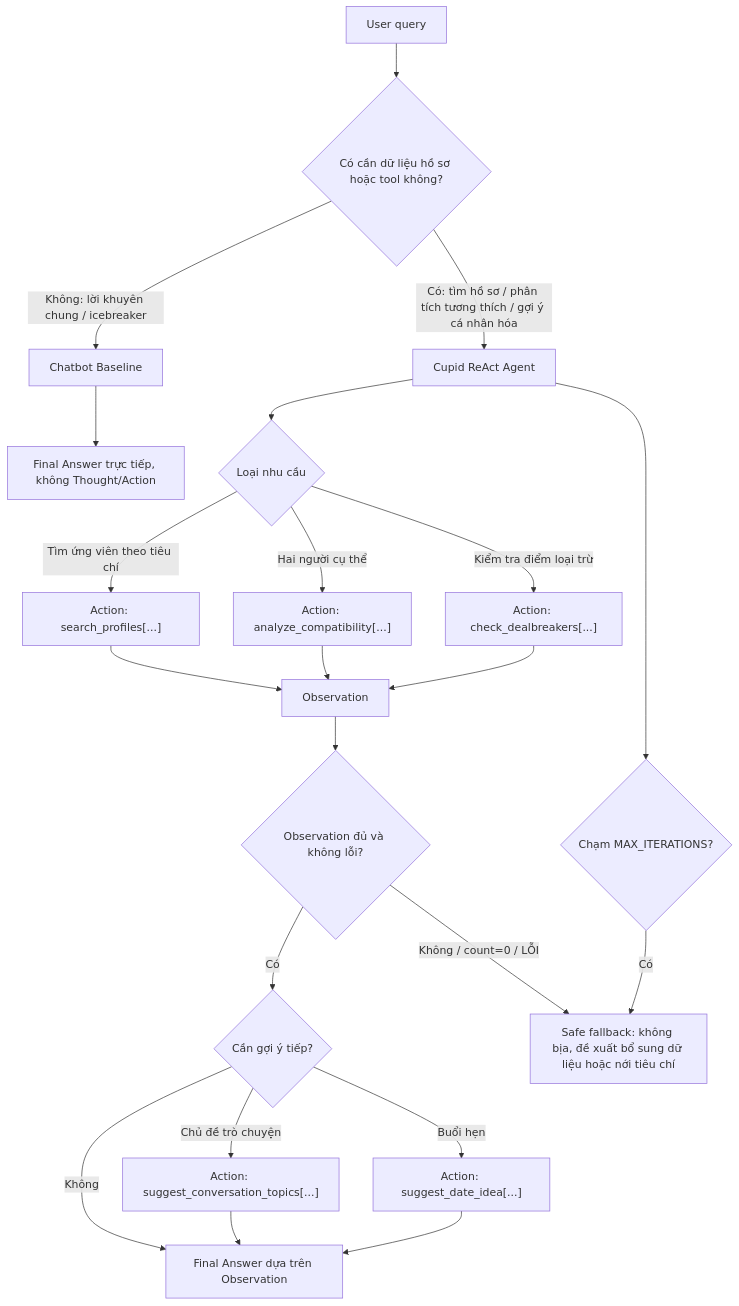
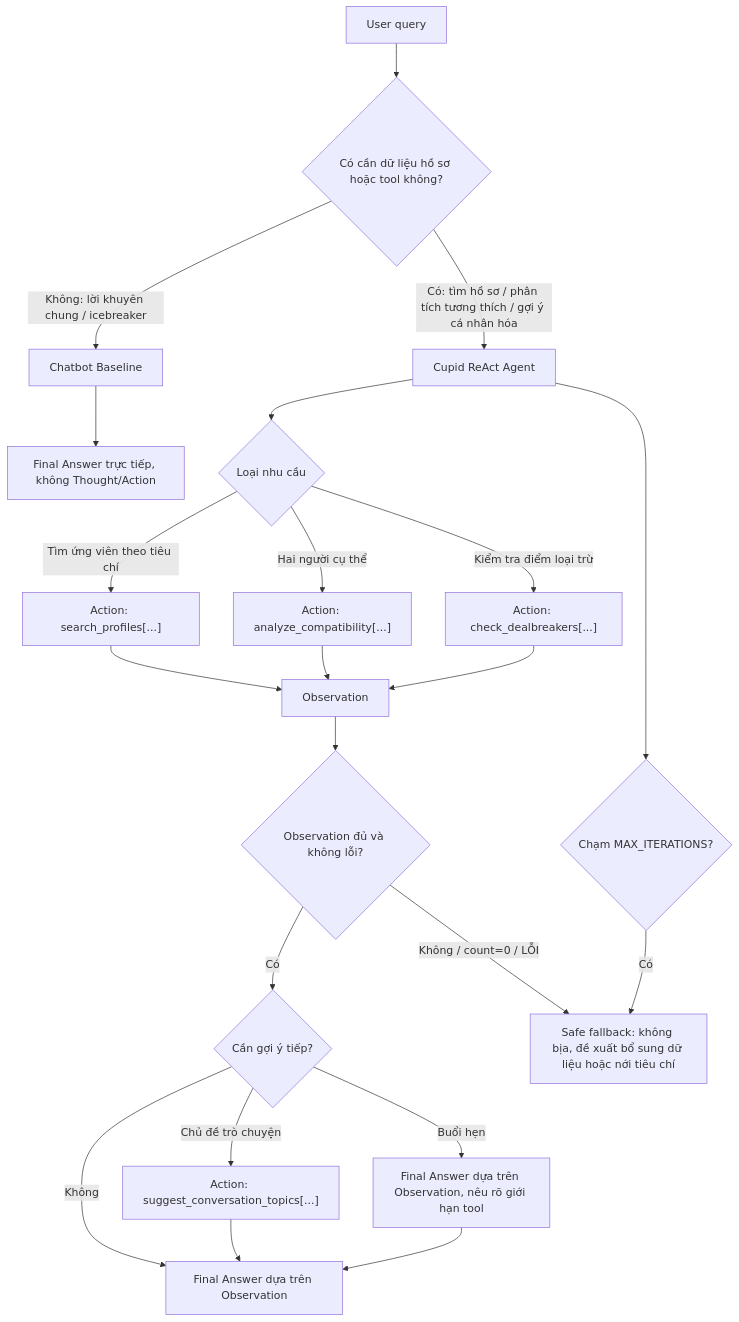
One commit to SonHeung-min/K3-Day03-C6-1-E403 changed the diagram in docs/hybrid_flowchart.mermaid. Above: the diagram before and after it, drawn with Mermaid. The commit also changed 3 other files, not shown here.

```diff
--- a/docs/hybrid_flowchart.mermaid
+++ b/docs/hybrid_flowchart.mermaid
@@ -1,30 +1,30 @@
 flowchart TD
     A["User query"] --> B{"Có cần dữ liệu hồ sơ hoặc tool không?"}
 
     B -->|"Không: lời khuyên chung / icebreaker"| C["Chatbot Baseline"]
     C --> D["Final Answer trực tiếp, không Thought/Action"]
 
     B -->|"Có: tìm hồ sơ / phân tích tương thích / gợi ý cá nhân hóa"| E["Cupid ReAct Agent"]
     E --> F{"Loại nhu cầu"}
 
     F -->|"Tìm ứng viên theo tiêu chí"| G["Action: search_profiles[...]"]
     F -->|"Hai người cụ thể"| H["Action: analyze_compatibility[...]"]
     F -->|"Kiểm tra điểm loại trừ"| I["Action: check_dealbreakers[...]"]
 
     G --> J["Observation"]
     H --> J
     I --> J
 
     J --> K{"Observation đủ và không lỗi?"}
     K -->|"Có"| L{"Cần gợi ý tiếp?"}
     L -->|"Chủ đề trò chuyện"| M["Action: suggest_conversation_topics[...]"]
-    L -->|"Buổi hẹn"| N["Action: suggest_date_idea[...]"]
+    L -->|"Buổi hẹn"| N["Final Answer dựa trên Observation, nêu rõ giới hạn tool"]
     L -->|"Không"| O["Final Answer dựa trên Observation"]
 
     M --> O
     N --> O
 
     K -->|"Không / count=0 / LỖI"| P["Safe fallback: không bịa, đề xuất bổ sung dữ liệu hoặc nới tiêu chí"]
 
     E --> Q{"Chạm MAX_ITERATIONS?"}
     Q -->|"Có"| P
```
